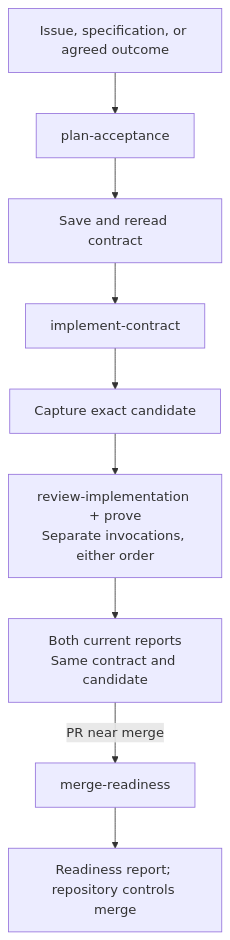
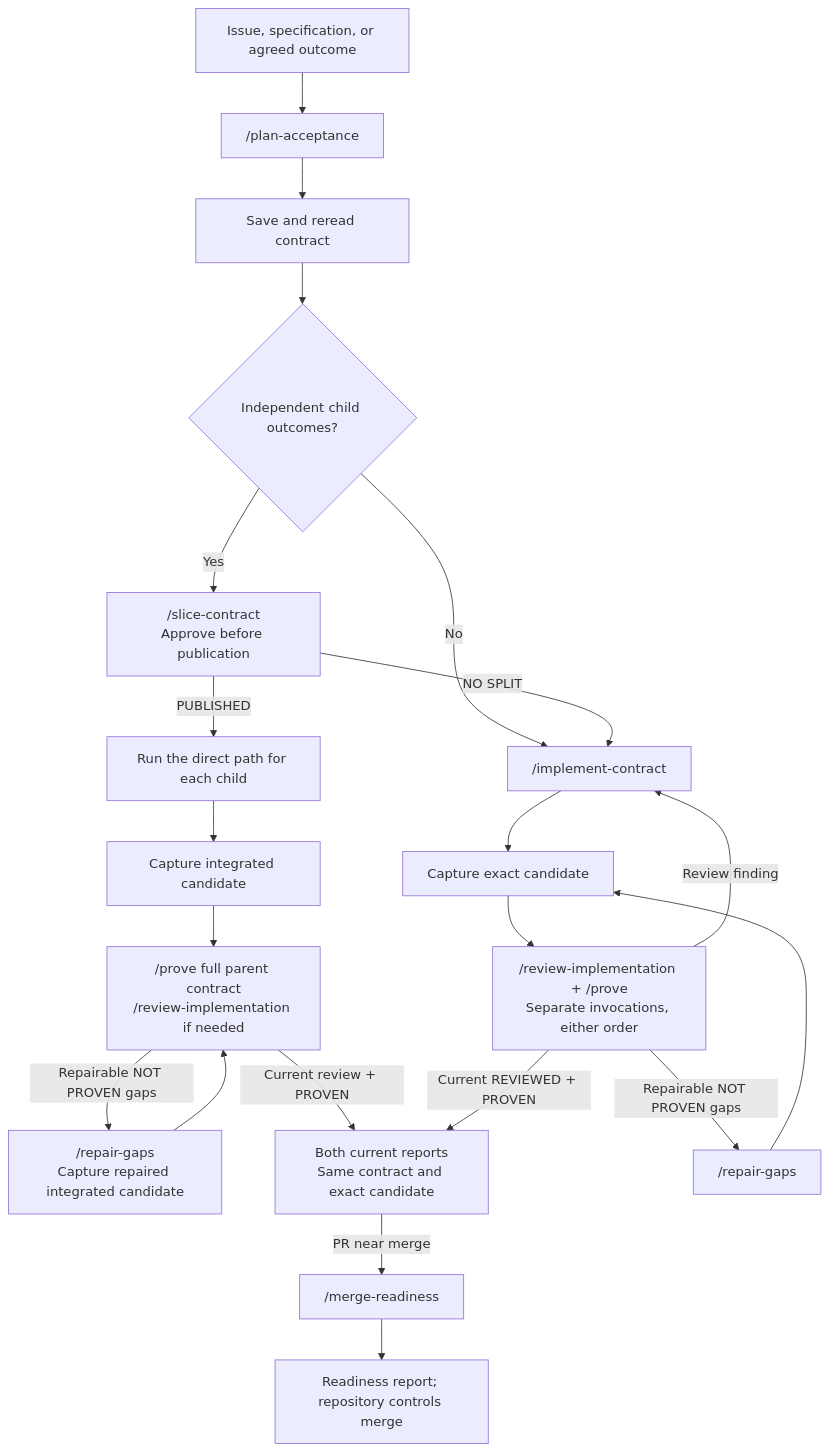
The diagram in README.md (grove/promise-to-proof), drawn with Mermaid before and after one commit. The commit also changed other lines of this file, not shown here.

Commit message:
Expand README workflow diagram

````diff
--- a/README.md
+++ b/README.md
@@ -69,11 +69,24 @@
 ```mermaid
 flowchart TD
-	source["Issue, specification, or agreed outcome"] --> plan["plan-acceptance"]
+  source["Issue, specification, or agreed outcome"] --> plan["/plan-acceptance"]
 	plan --> contract["Save and reread contract"]
-	contract --> implement["implement-contract"]
+  contract --> split{"Independent child outcomes?"}
+  split -->|No| implement["/implement-contract"]
+  split -->|Yes| slice["/slice-contract<br/>Approve before publication"]
+  slice -->|NO SPLIT| implement
+  slice -->|PUBLISHED| children["Run the direct path for each child"]
+  children --> integrate["Capture integrated candidate"]
+  integrate --> parent["/prove full parent contract<br/>/review-implementation if needed"]
+  parent -->|Repairable NOT PROVEN gaps| parentRepair["/repair-gaps<br/>Capture repaired integrated candidate"]
+  parentRepair --> parent
+  parent -->|Current review + PROVEN| reports
+
 	implement --> candidate["Capture exact candidate"]
-	candidate --> verify["review-implementation + prove<br/>Separate invocations, either order"]
-	verify --> reports["Both current reports<br/>Same contract and candidate"]
-	reports -->|PR near merge| readiness["merge-readiness"]
+  candidate --> verify["/review-implementation + /prove<br/>Separate invocations, either order"]
+  verify -->|Review finding| implement
+  verify -->|Repairable NOT PROVEN gaps| repair["/repair-gaps"]
+  repair --> candidate
+  verify -->|Current REVIEWED + PROVEN| reports["Both current reports<br/>Same contract and exact candidate"]
+  reports -->|PR near merge| readiness["/merge-readiness"]
 	readiness --> gate["Readiness report; repository controls merge"]
 ```
````
